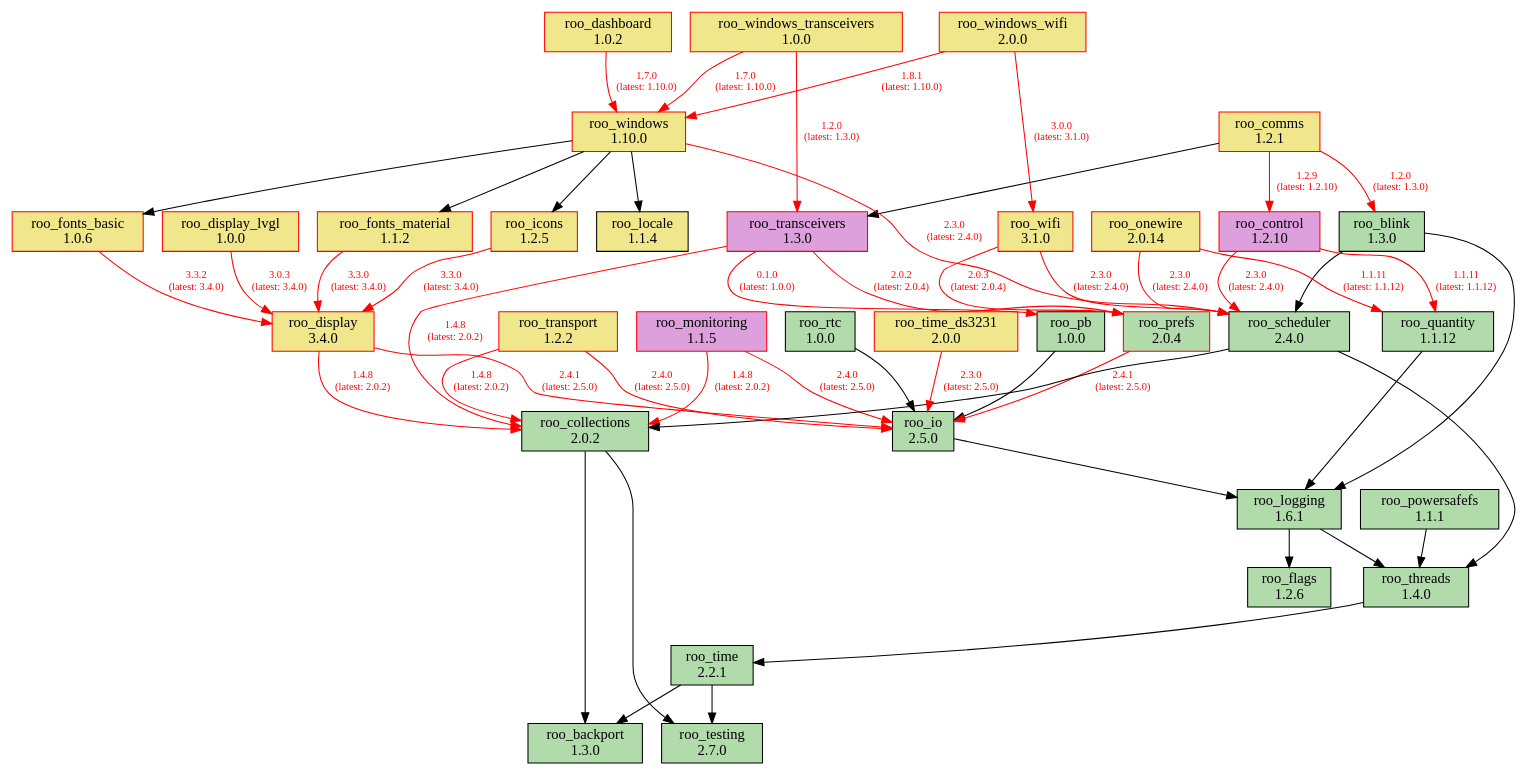
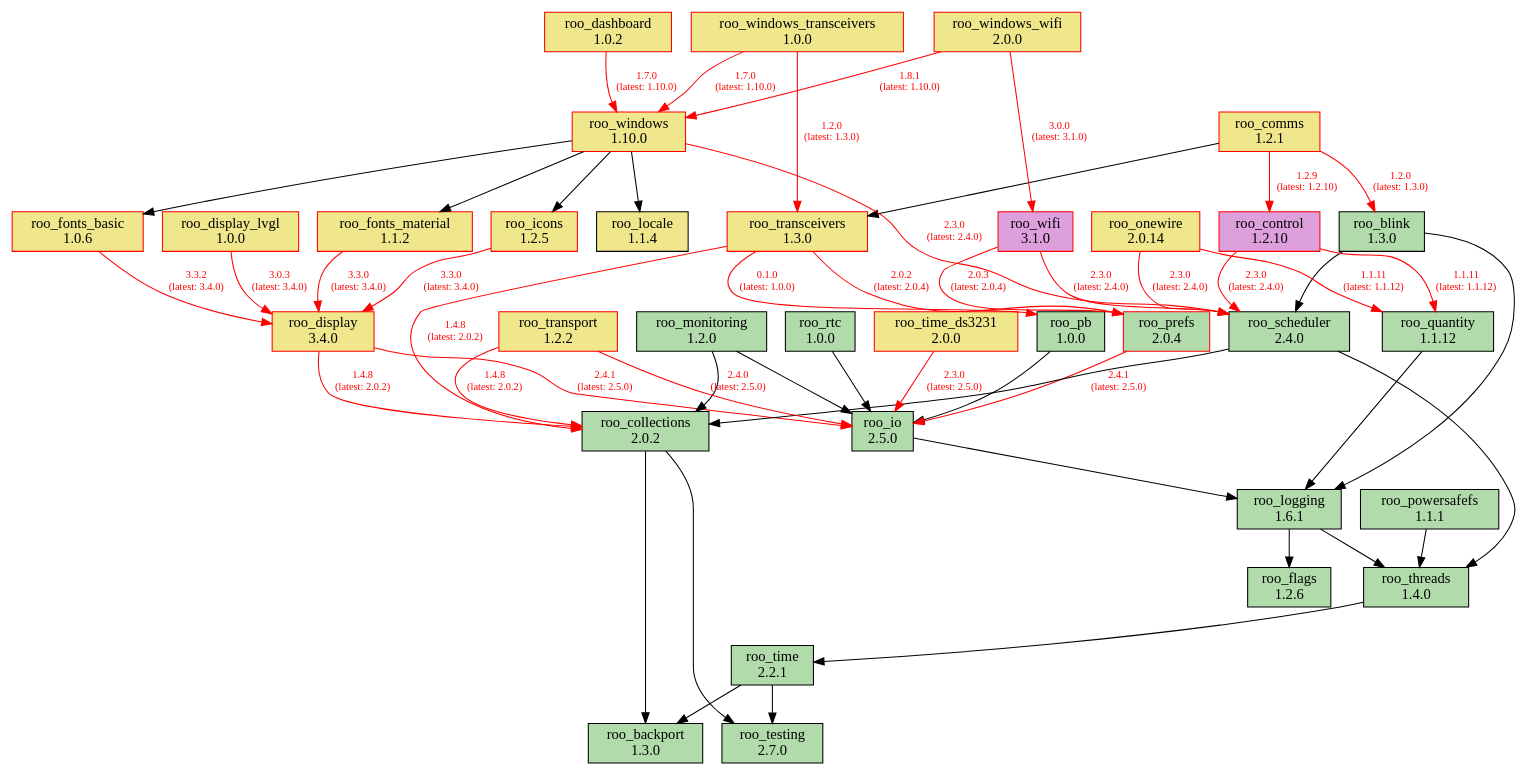
Before and after one commit to dejwk/roo-registry: the diagram in doc/dependencies.dot, drawn with Graphviz. The commit also changed 3 other files, not shown here.

Commit message:
Added roo_monitoring 1.2.0 to the registry.

```diff
--- a/doc/dependencies.dot
+++ b/doc/dependencies.dot
@@ -1,92 +1,92 @@
 digraph dependencies {
     rankdir=TB;
     node [shape=box, style=filled];
     edge [fontsize=10];
 
     // Modules
     "roo_backport" [label="roo_backport\n1.3.0", fillcolor="#b1dbab", color="black"];
     "roo_blink" [label="roo_blink\n1.3.0", fillcolor="#b1dbab", color="black"];
     "roo_collections" [label="roo_collections\n2.0.2", fillcolor="#b1dbab", color="black"];
     "roo_comms" [label="roo_comms\n1.2.1", fillcolor="khaki", color="red"];
     "roo_control" [label="roo_control\n1.2.10", fillcolor="plum", color="red"];
     "roo_dashboard" [label="roo_dashboard\n1.0.2", fillcolor="khaki", color="red"];
     "roo_display" [label="roo_display\n3.4.0", fillcolor="khaki", color="red"];
     "roo_display_lvgl" [label="roo_display_lvgl\n1.0.0", fillcolor="khaki", color="red"];
     "roo_flags" [label="roo_flags\n1.2.6", fillcolor="#b1dbab", color="black"];
     "roo_fonts_basic" [label="roo_fonts_basic\n1.0.6", fillcolor="khaki", color="red"];
     "roo_fonts_material" [label="roo_fonts_material\n1.1.2", fillcolor="khaki", color="red"];
     "roo_icons" [label="roo_icons\n1.2.5", fillcolor="khaki", color="red"];
     "roo_io" [label="roo_io\n2.5.0", fillcolor="#b1dbab", color="black"];
     "roo_locale" [label="roo_locale\n1.1.4", fillcolor="khaki", color="black"];
     "roo_logging" [label="roo_logging\n1.6.1", fillcolor="#b1dbab", color="black"];
-    "roo_monitoring" [label="roo_monitoring\n1.1.5", fillcolor="plum", color="red"];
+    "roo_monitoring" [label="roo_monitoring\n1.2.0", fillcolor="#b1dbab", color="black"];
     "roo_onewire" [label="roo_onewire\n2.0.14", fillcolor="khaki", color="red"];
     "roo_pb" [label="roo_pb\n1.0.0", fillcolor="#b1dbab", color="black"];
     "roo_powersafefs" [label="roo_powersafefs\n1.1.1", fillcolor="#b1dbab", color="black"];
     "roo_prefs" [label="roo_prefs\n2.0.4", fillcolor="#b1dbab", color="red"];
     "roo_quantity" [label="roo_quantity\n1.1.12", fillcolor="#b1dbab", color="black"];
     "roo_rtc" [label="roo_rtc\n1.0.0", fillcolor="#b1dbab", color="black"];
     "roo_scheduler" [label="roo_scheduler\n2.4.0", fillcolor="#b1dbab", color="black"];
     "roo_testing" [label="roo_testing\n2.7.0", fillcolor="#b1dbab", color="black"];
     "roo_threads" [label="roo_threads\n1.4.0", fillcolor="#b1dbab", color="black"];
     "roo_time" [label="roo_time\n2.2.1", fillcolor="#b1dbab", color="black"];
     "roo_time_ds3231" [label="roo_time_ds3231\n2.0.0", fillcolor="khaki", color="red"];
-    "roo_transceivers" [label="roo_transceivers\n1.3.0", fillcolor="plum", color="red"];
+    "roo_transceivers" [label="roo_transceivers\n1.3.0", fillcolor="khaki", color="red"];
     "roo_transport" [label="roo_transport\n1.2.2", fillcolor="khaki", color="red"];
-    "roo_wifi" [label="roo_wifi\n3.1.0", fillcolor="khaki", color="red"];
+    "roo_wifi" [label="roo_wifi\n3.1.0", fillcolor="plum", color="red"];
     "roo_windows" [label="roo_windows\n1.10.0", fillcolor="khaki", color="red"];
     "roo_windows_transceivers" [label="roo_windows_transceivers\n1.0.0", fillcolor="khaki", color="red"];
     "roo_windows_wifi" [label="roo_windows_wifi\n2.0.0", fillcolor="khaki", color="red"];
 
     // Dependencies
     "roo_blink" -> "roo_logging";
     "roo_blink" -> "roo_scheduler";
     "roo_collections" -> "roo_testing";
     "roo_collections" -> "roo_backport";
     "roo_comms" -> "roo_blink" [color=red, fontcolor=red, label="1.2.0\n(latest: 1.3.0)"];
     "roo_comms" -> "roo_control" [color=red, fontcolor=red, label="1.2.9\n(latest: 1.2.10)"];
     "roo_comms" -> "roo_transceivers";
     "roo_control" -> "roo_quantity" [color=red, fontcolor=red, label="1.1.11\n(latest: 1.1.12)"];
     "roo_control" -> "roo_scheduler" [color=red, fontcolor=red, label="2.3.0\n(latest: 2.4.0)"];
     "roo_dashboard" -> "roo_windows" [color=red, fontcolor=red, label="1.7.0\n(latest: 1.10.0)"];
     "roo_display" -> "roo_collections" [color=red, fontcolor=red, label="1.4.8\n(latest: 2.0.2)"];
     "roo_display" -> "roo_io" [color=red, fontcolor=red, label="2.4.1\n(latest: 2.5.0)"];
     "roo_display_lvgl" -> "roo_display" [color=red, fontcolor=red, label="3.0.3\n(latest: 3.4.0)"];
     "roo_fonts_basic" -> "roo_display" [color=red, fontcolor=red, label="3.3.2\n(latest: 3.4.0)"];
     "roo_fonts_material" -> "roo_display" [color=red, fontcolor=red, label="3.3.0\n(latest: 3.4.0)"];
     "roo_icons" -> "roo_display" [color=red, fontcolor=red, label="3.3.0\n(latest: 3.4.0)"];
     "roo_io" -> "roo_logging";
     "roo_logging" -> "roo_flags";
     "roo_logging" -> "roo_threads";
-    "roo_monitoring" -> "roo_collections" [color=red, fontcolor=red, label="1.4.8\n(latest: 2.0.2)"];
-    "roo_monitoring" -> "roo_io" [color=red, fontcolor=red, label="2.4.0\n(latest: 2.5.0)"];
+    "roo_monitoring" -> "roo_collections";
+    "roo_monitoring" -> "roo_io";
     "roo_onewire" -> "roo_scheduler" [color=red, fontcolor=red, label="2.3.0\n(latest: 2.4.0)"];
     "roo_onewire" -> "roo_quantity" [color=red, fontcolor=red, label="1.1.11\n(latest: 1.1.12)"];
     "roo_pb" -> "roo_io";
     "roo_powersafefs" -> "roo_threads";
     "roo_prefs" -> "roo_io" [color=red, fontcolor=red, label="2.4.1\n(latest: 2.5.0)"];
     "roo_quantity" -> "roo_logging";
     "roo_rtc" -> "roo_io";
     "roo_scheduler" -> "roo_collections";
     "roo_scheduler" -> "roo_threads";
     "roo_threads" -> "roo_time";
     "roo_time" -> "roo_testing";
     "roo_time" -> "roo_backport";
     "roo_time_ds3231" -> "roo_io" [color=red, fontcolor=red, label="2.3.0\n(latest: 2.5.0)"];
     "roo_transceivers" -> "roo_pb" [color=red, fontcolor=red, label="0.1.0\n(latest: 1.0.0)"];
     "roo_transceivers" -> "roo_collections" [color=red, fontcolor=red, label="1.4.8\n(latest: 2.0.2)"];
     "roo_transceivers" -> "roo_prefs" [color=red, fontcolor=red, label="2.0.2\n(latest: 2.0.4)"];
     "roo_transport" -> "roo_collections" [color=red, fontcolor=red, label="1.4.8\n(latest: 2.0.2)"];
     "roo_transport" -> "roo_io" [color=red, fontcolor=red, label="2.4.0\n(latest: 2.5.0)"];
     "roo_wifi" -> "roo_prefs" [color=red, fontcolor=red, label="2.0.3\n(latest: 2.0.4)"];
     "roo_wifi" -> "roo_scheduler" [color=red, fontcolor=red, label="2.3.0\n(latest: 2.4.0)"];
     "roo_windows" -> "roo_fonts_basic";
     "roo_windows" -> "roo_fonts_material";
     "roo_windows" -> "roo_locale";
     "roo_windows" -> "roo_icons";
     "roo_windows" -> "roo_scheduler" [color=red, fontcolor=red, label="2.3.0\n(latest: 2.4.0)"];
     "roo_windows_transceivers" -> "roo_transceivers" [color=red, fontcolor=red, label="1.2.0\n(latest: 1.3.0)"];
     "roo_windows_transceivers" -> "roo_windows" [color=red, fontcolor=red, label="1.7.0\n(latest: 1.10.0)"];
     "roo_windows_wifi" -> "roo_wifi" [color=red, fontcolor=red, label="3.0.0\n(latest: 3.1.0)"];
     "roo_windows_wifi" -> "roo_windows" [color=red, fontcolor=red, label="1.8.1\n(latest: 1.10.0)"];
 }
```
